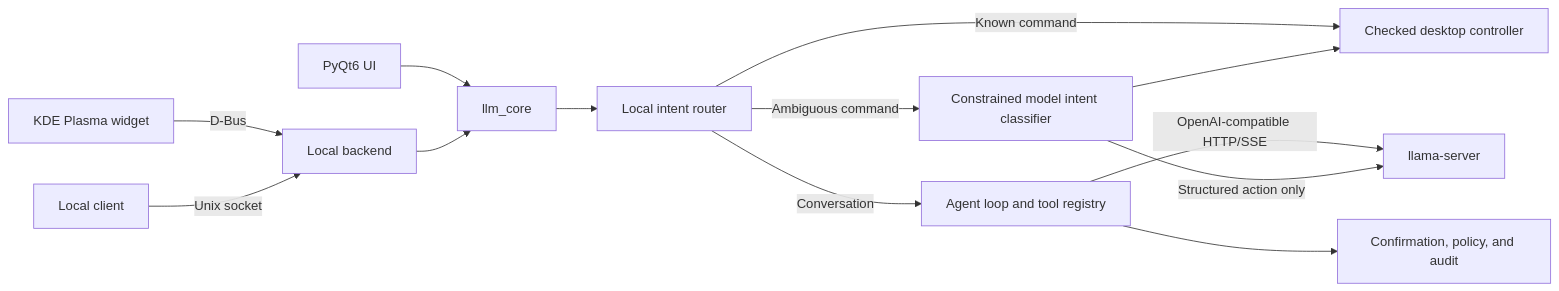
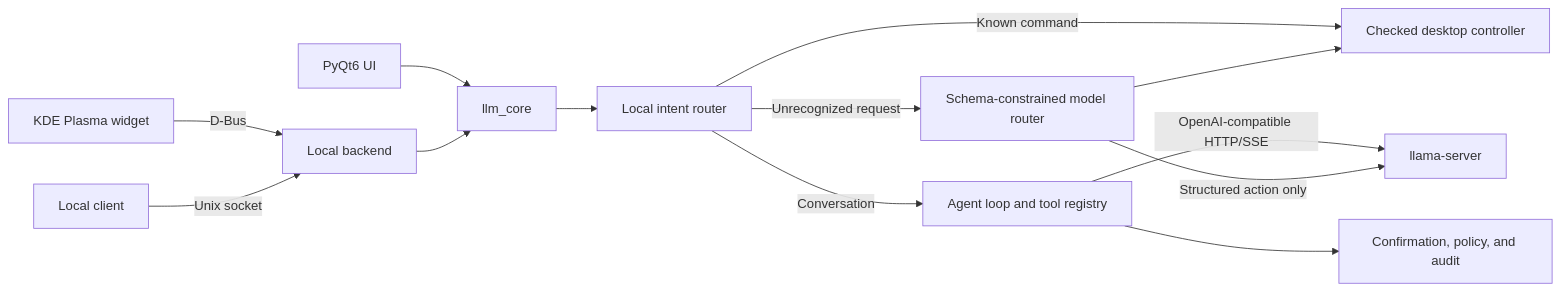
The diagram in README.md (silaslv/llm-assistant), drawn with Mermaid before and after one commit. The commit also changed other lines of this file and 5 other files, not shown here.

````diff
--- a/README.md
+++ b/README.md
@@ -34,15 +34,15 @@
 ```mermaid
 flowchart LR
     Q[PyQt6 UI] --> C[llm_core]
     P[KDE Plasma widget] -->|D-Bus| B[Local backend]
     U[Local client] -->|Unix socket| B
     B --> C
     C --> R[Local intent router]
     R -->|Known command| D[Checked desktop controller]
-    R -->|Ambiguous command| I[Constrained model intent classifier]
+    R -->|Unrecognized request| I[Schema-constrained model router]
     R -->|Conversation| A[Agent loop and tool registry]
     I --> D
     A --> S[Confirmation, policy, and audit]
     A -->|OpenAI-compatible HTTP/SSE| L[llama-server]
     I -->|Structured action only| L
 ```
````
